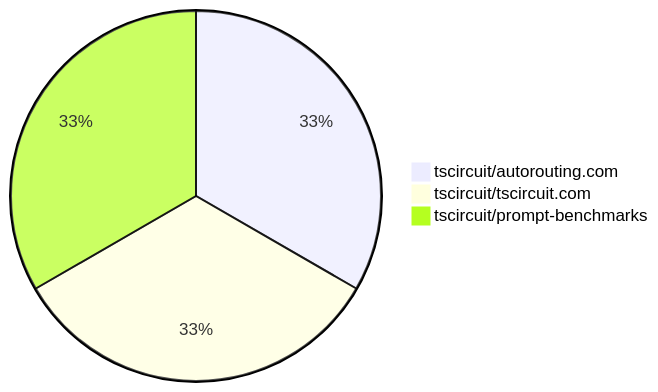
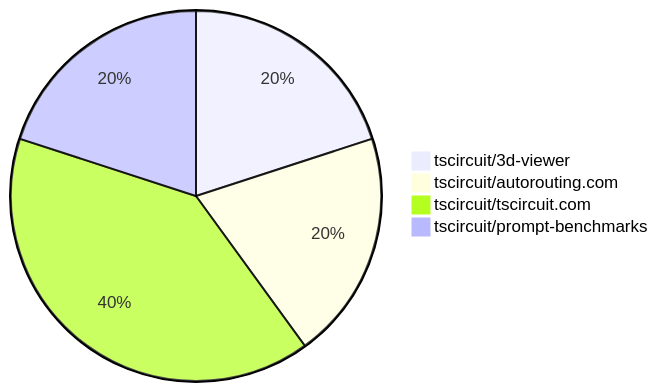
The diagram in contribution-overviews/2025-01-29.md (tscircuit/contribution-tracker), drawn with Mermaid before and after one commit. The commit also changed other lines of this file and 2 other files, not shown here.

````diff
--- a/contribution-overviews/2025-01-29.md
+++ b/contribution-overviews/2025-01-29.md
@@ -5,6 +5,7 @@
 ```mermaid
 pie
+    "tscircuit/3d-viewer" : 1
     "tscircuit/autorouting.com" : 1
-    "tscircuit/tscircuit.com" : 1
+    "tscircuit/tscircuit.com" : 2
     "tscircuit/prompt-benchmarks" : 1
 ```
````
